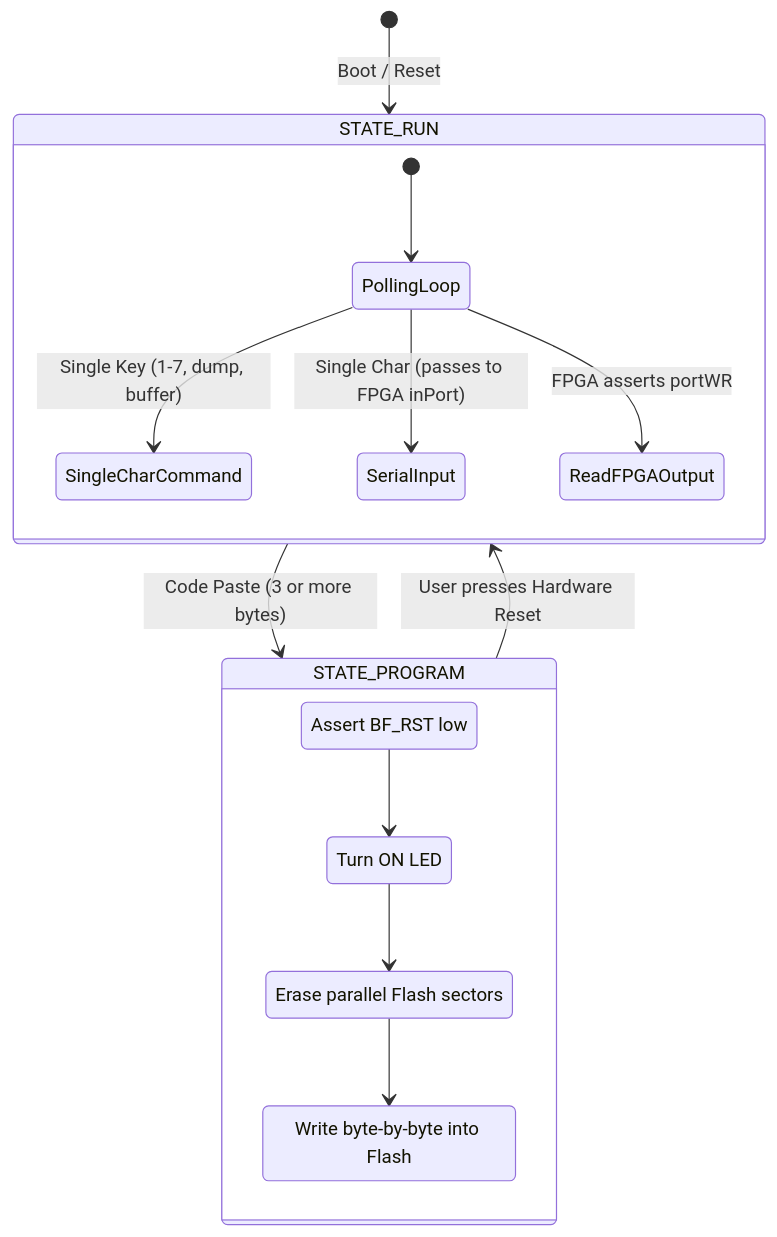
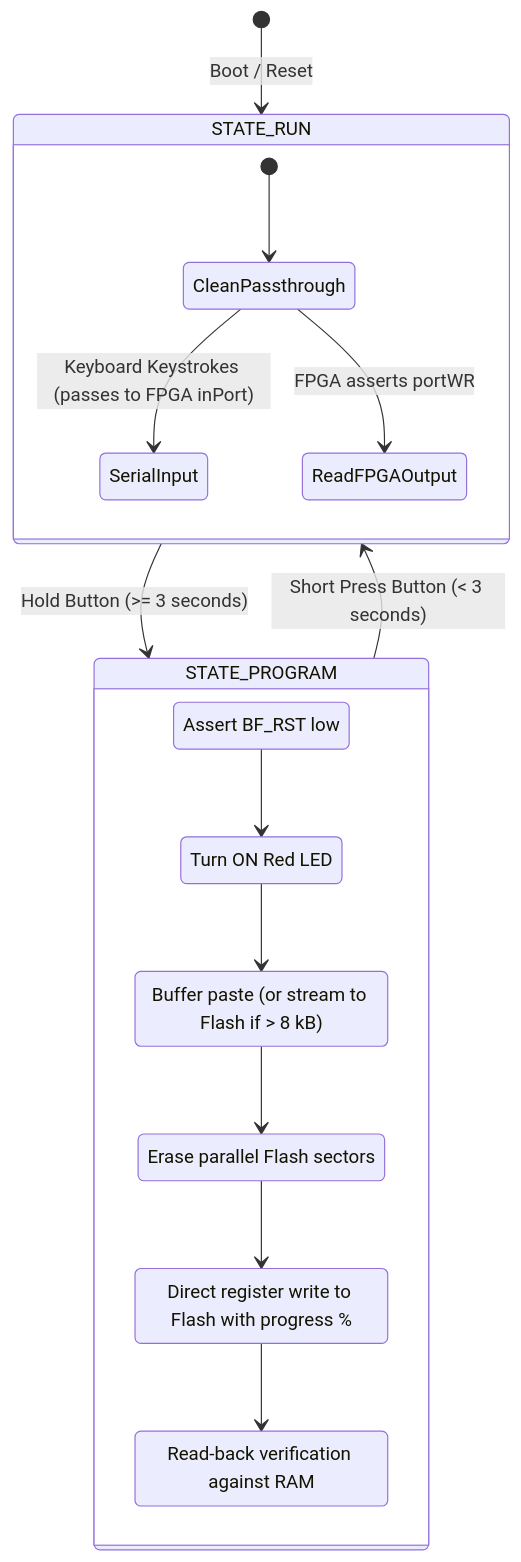
The diagram in documentation/docs/firmware/architecture.md (m-archibald/Brainfuino), drawn with Mermaid before and after one commit. The commit also changed other lines of this file and 12 other files, not shown here.

````diff
--- a/documentation/docs/firmware/architecture.md
+++ b/documentation/docs/firmware/architecture.md
@@ -17,25 +17,28 @@
 ```mermaid
 stateDiagram-v2
     [*] --> STATE_RUN: Boot / Reset
     
     state STATE_RUN {
-        [*] --> PollingLoop
-        PollingLoop --> SingleCharCommand: Single Key (1-7, dump, buffer)
-        PollingLoop --> SerialInput: Single Char (passes to FPGA inPort)
-        PollingLoop --> ReadFPGAOutput: FPGA asserts portWR
+        [*] --> CleanPassthrough
+        CleanPassthrough --> SerialInput: Keyboard Keystrokes (passes to FPGA inPort)
+        CleanPassthrough --> ReadFPGAOutput: FPGA asserts portWR
     }
     
-    STATE_RUN --> STATE_PROGRAM: Code Paste (3 or more bytes)
+    STATE_RUN --> STATE_PROGRAM: Hold Button (>= 3 seconds)
     
     state STATE_PROGRAM {
         HoldReset: Assert BF_RST low
-        StatusLED: Turn ON LED
+        StatusLED: Turn ON Red LED
+        RAMBuffer: Buffer paste (or stream to Flash if > 8 kB)
         EraseROM: Erase parallel Flash sectors
-        WriteROM: Write byte-by-byte into Flash
+        FastWriteROM: Direct register write to Flash with progress %
+        VerifyROM: Read-back verification against RAM
         HoldReset --> StatusLED
-        StatusLED --> EraseROM
-        EraseROM --> WriteROM
+        StatusLED --> RAMBuffer
+        RAMBuffer --> EraseROM
+        EraseROM --> FastWriteROM
+        FastWriteROM --> VerifyROM
     }
     
-    STATE_PROGRAM --> STATE_RUN: User presses Hardware Reset
+    STATE_PROGRAM --> STATE_RUN: Short Press Button (< 3 seconds)
 ```
````
